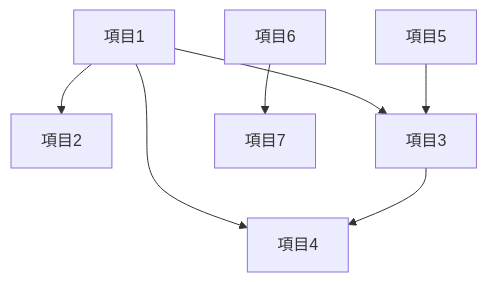
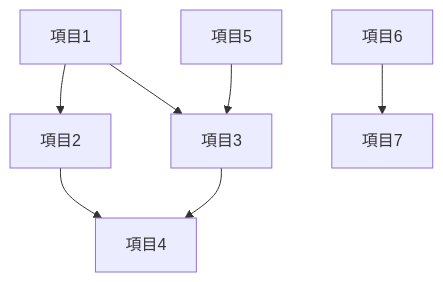
The diagram in README.md (24613/24613), drawn with Mermaid before and after one commit.

````diff
--- a/README.md
+++ b/README.md
@@ -23,9 +23,9 @@
 ```mermaid
 graph TD;
     項目1-->項目2;
     項目1-->項目3;
-    項目1-->項目4;
+    項目2-->項目4;
     項目3-->項目4;
     項目5-->項目3;
     項目6-->項目7;
 ```
````
